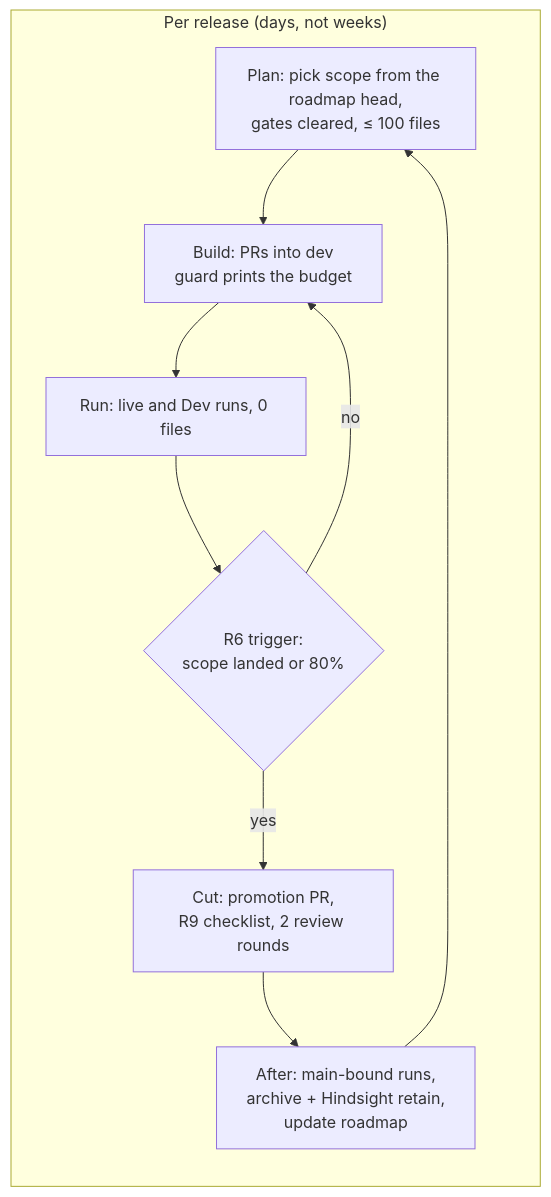
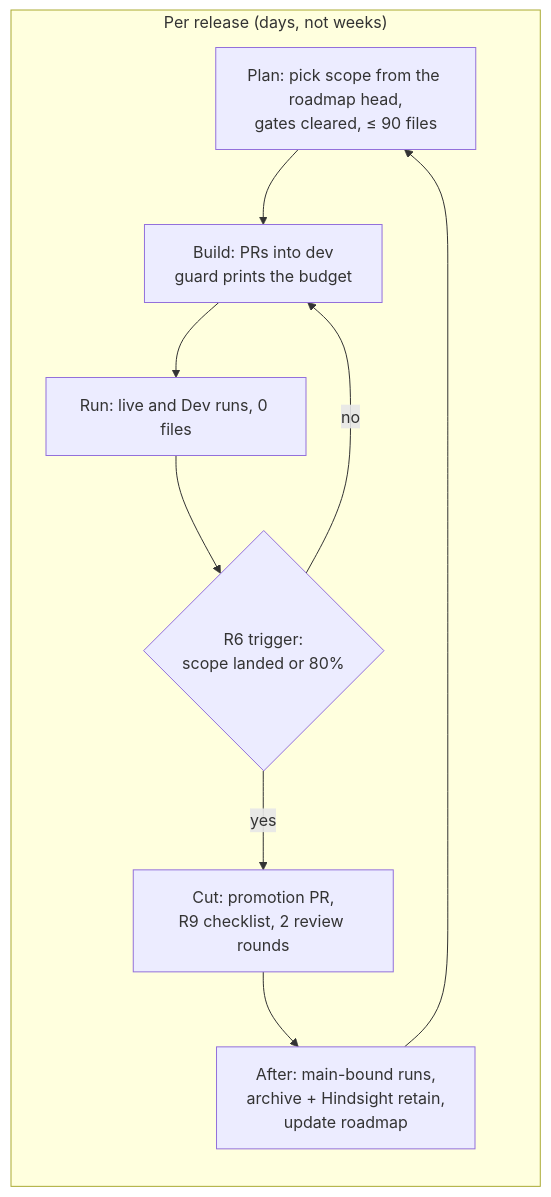
Before and after one commit to uhstray-io/agent-cloud: the first of 2 diagrams in plan/development/22-release-train.md, drawn with Mermaid. The commit also changed other lines of this file and 1 other file, not shown here.

First line of the commit message:
docs(plan): align the planned budget with the cut trigger and add recovery

````diff
--- a/plan/development/22-release-train.md
+++ b/plan/development/22-release-train.md
@@ -60,12 +60,12 @@
 ```mermaid
 flowchart LR
     subgraph Loop["Per release (days, not weeks)"]
-        P["Plan: pick scope from the roadmap head,<br/>gates cleared, ≤ 100 files"] --> B["Build: PRs into dev<br/>guard prints the budget"]
+        P["Plan: pick scope from the roadmap head,<br/>gates cleared, ≤ 90 files"] --> B["Build: PRs into dev<br/>guard prints the budget"]
         B --> R["Run: live and Dev runs, 0 files"]
         R --> C{"R6 trigger:<br/>scope landed or 80%"}
         C -->|no| B
         C -->|yes| X["Cut: promotion PR,<br/>R9 checklist, 2 review rounds"]
         X --> A["After: main-bound runs,<br/>archive + Hindsight retain,<br/>update roadmap"]
         A --> P
     end
 ```
````
